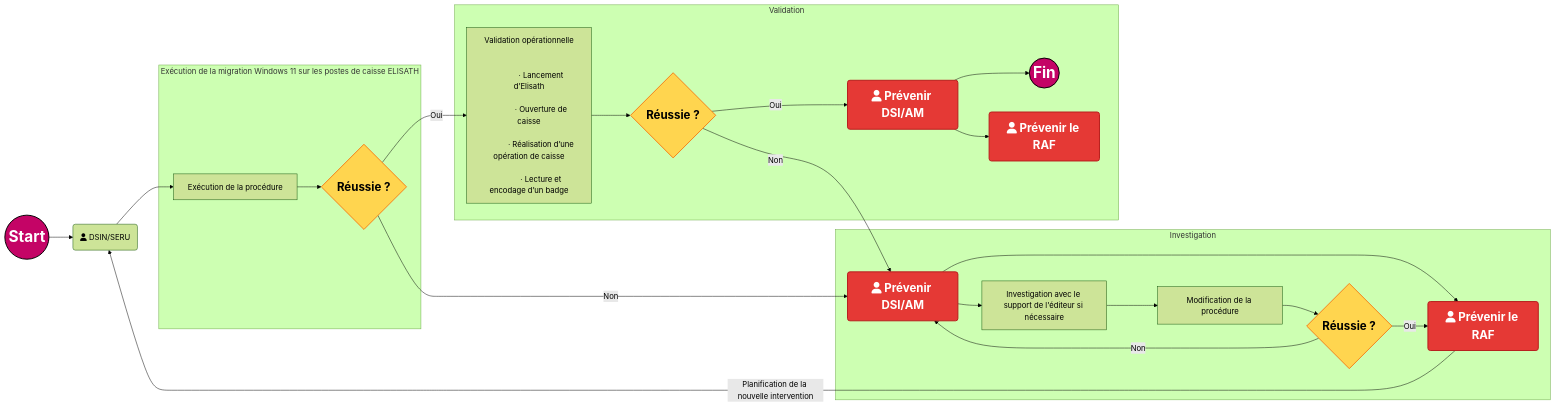
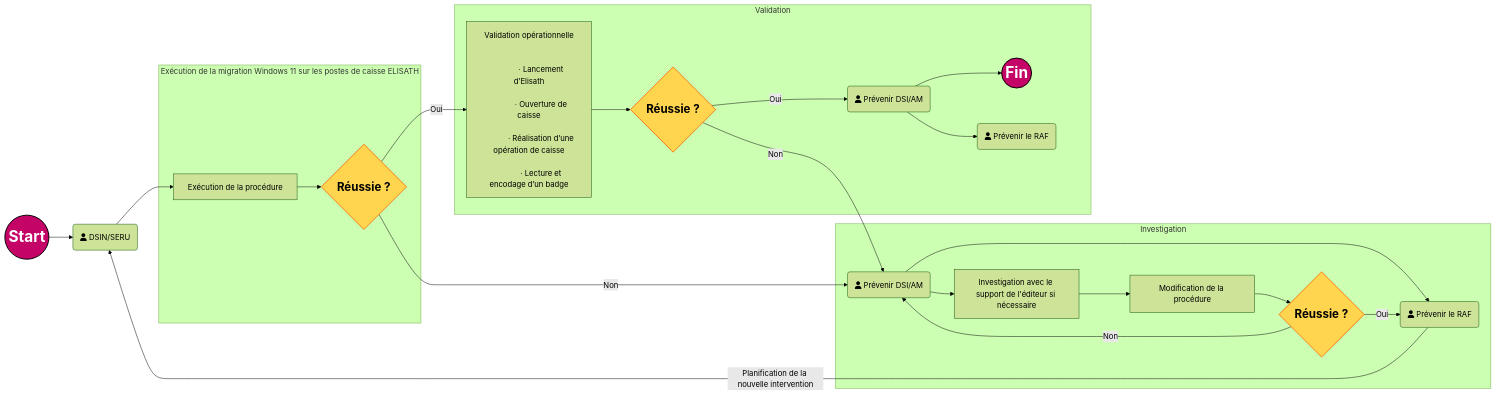
The diagram in all/Flux de validation.md (fdadda/iodraw-files), drawn with Mermaid (forest theme) before and after one commit.

Commit message:
2026-05-12 11:49:26 update

````diff
--- a/all/Flux de validation.md
+++ b/all/Flux de validation.md
@@ -1,61 +1,61 @@
 ```mermaid
 flowchart LR
 
     start((Start)) --> A
     A(fa:fa-user DSIN/SERU) --> B[Exécution de la procédure]
 
     subgraph Exécution de la migration Windows 11 sur les postes de caisse ELISATH
         B --> C{Réussie ?}
     end
 
     subgraph Validation
         C -->|Oui| D["Validation opérationnelle<br/><br/>
             · Lancement d’Elisath<br/>
             · Ouverture de caisse<br/>
             · Réalisation d’une opération de caisse<br/>
             · Lecture et encodage d’un badge"]
 
         D --> Val{Réussie ?}
 
         Val -->|Oui| PrevDSI(fa:fa-user Prévenir DSI/AM)
        
         PrevDSI --> fin((Fin))
         PrevDSI  --> PrevRAF(fa:fa-user Prévenir le RAF)
     end
     Val --> |Non| E
     subgraph Investigation
         C -->|Non| E(fa:fa-user Prévenir DSI/AM)
         E --> F(fa:fa-user Prévenir le RAF)
         E --> G[Investigation avec le support de l'éditeur si nécessaire]
         G --> H[Modification de la procédure]
         H --> I{Réussie ?}
         I -->|Oui| F
         I -->|Non| E
     end
 
     F -->|Planification de la nouvelle intervention| A
 
     %% --- STYLES ---
     classDef StartEndPoint fill:#c40466,stroke:#000,color:#fff,stroke-width:2px,font-size:32px,font-weight:bold;
-    classDef decision      fill:#ffd54f,stroke:#f57f17,color:#000,stroke-width:2px,font-size:24px,font-weight:bold;
-    classDef Ac      fill:#ffd54f,stroke:#f57f17,color:#000,stroke-width:2px,font-size:24px,font-weight:bold;
-    classDef error         fill:#e53935,stroke:#b71c1c,color:#fff,stroke-width:2px,font-size:24px,font-weight:bold;
+    classDef Decision      fill:#ffd54f,stroke:#f57f17,color:#000,stroke-width:2px,font-size:24px,font-weight:bold;
+    classDef Action      fill:#ffd54f,stroke:#f57f17,color:#000,stroke-width:2px,font-size:24px,font-weight:bold;
+    classDef Error         fill:#e53935,stroke:#b71c1c,color:#fff,stroke-width:2px,font-size:24px,font-weight:bold;
 
     %% --- AFFECTATION DES CLASSES ---
     class start,fin StartEndPoint;
-    class C,I,Val decision;
+    class C,I,Val Decision;
     class E,F,PrevDSI,PrevRAF error;
 
     %% --- “CEINTURE + BRETELLES” (force le style sur les 2 nœuds) ---
     %%style start font-size:32px,font-weight:bold
     %%style fin   font-size:32px,font-weight:bold
 
     %% --- Codes couleur (commentaires) ---
     %% Bleu marine #000080
     %% Midnight blue #191970
     %% Bleu foncé intense #080F70
     %% Bleu foncé moderne #111184
     %% Orange #ffd54f
     %% Rouge #e53935
     %% Rose CAPI #c40466
 ```
````
